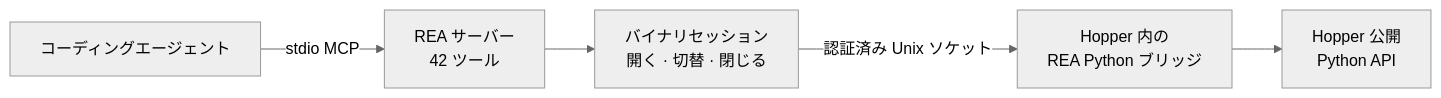
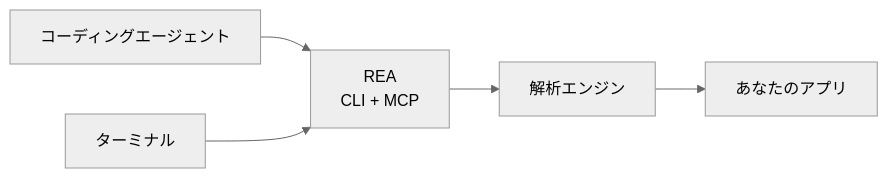
Before and after one commit to bryankwandou/rea: the diagram in README_ja.md, drawn with Mermaid (neutral theme). The commit also changed other lines of this file and 15 other files, not shown here.

Commit message:
Simplify REA onboarding and app targeting

````diff
--- a/README_ja.md
+++ b/README_ja.md
@@ -144,7 +163,7 @@
 ```mermaid
 flowchart LR
-    Agent["コーディングエージェント"] -->|stdio MCP| REA["REA サーバー<br/>42 ツール"]
-    REA --> Session["バイナリセッション<br/>開く · 切替 · 閉じる"]
-    Session -->|認証済み Unix ソケット| Bridge["Hopper 内の<br/>REA Python ブリッジ"]
-    Bridge --> API["Hopper 公開<br/>Python API"]
+    Agent["コーディングエージェント"] --> REA["REA<br/>CLI + MCP"]
+    Terminal["ターミナル"] --> REA
+    REA --> Hopper["解析エンジン"]
+    Hopper --> App["あなたのアプリ"]
 ```
````
